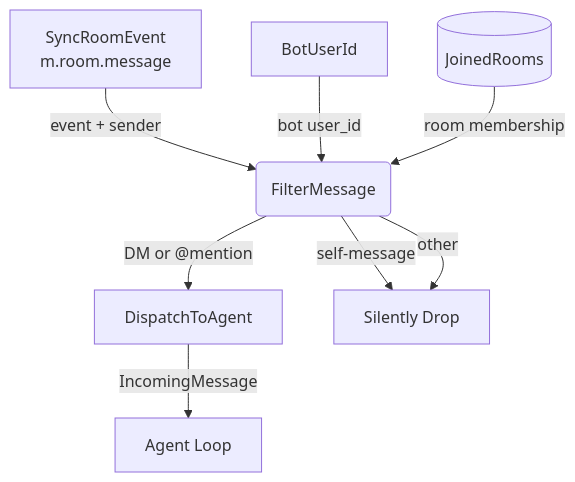
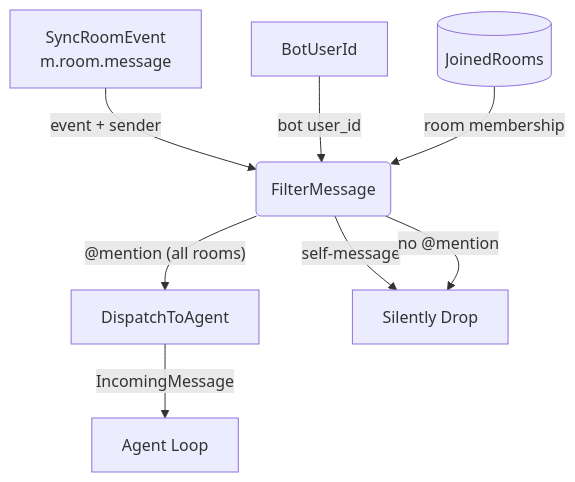
The third of 9 diagrams in _dfd/infra/matrix.md (cosmoswafer/rockbot), drawn with Mermaid before and after one commit. The commit also changed other lines of this file and 1 other file, not shown here.

Commit message:
fix(matrix): require @mention in all rooms including DMs, log filter reasons at info level

````diff
--- a/_dfd/infra/matrix.md
+++ b/_dfd/infra/matrix.md
@@ -98,17 +98,17 @@
 ```mermaid
 flowchart TD
     EVT[SyncRoomEvent<br/>m.room.message]
     FILTER(FilterMessage)
     BOT_USER[BotUserId]
     ROOMS[(JoinedRooms)]
     DISPATCH[DispatchToAgent]
     DROP[Silently Drop]
 
     EVT -->|"event + sender"| FILTER
     BOT_USER -->|"bot user_id"| FILTER
     ROOMS -->|"room membership"| FILTER
     FILTER -->|"self-message"| DROP
-    FILTER -->|"DM or @mention"| DISPATCH
-    FILTER -->|"other"| DROP
+    FILTER -->|"@mention (all rooms)"| DISPATCH
+    FILTER -->|"no @mention"| DROP
     DISPATCH -->|"IncomingMessage"| AGENT[Agent Loop]
 ```
````
